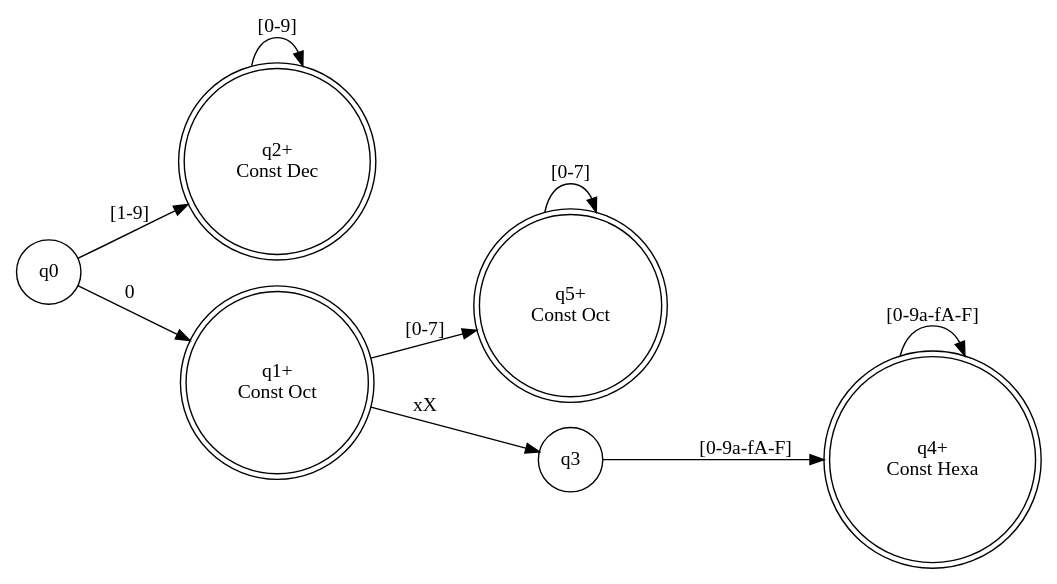
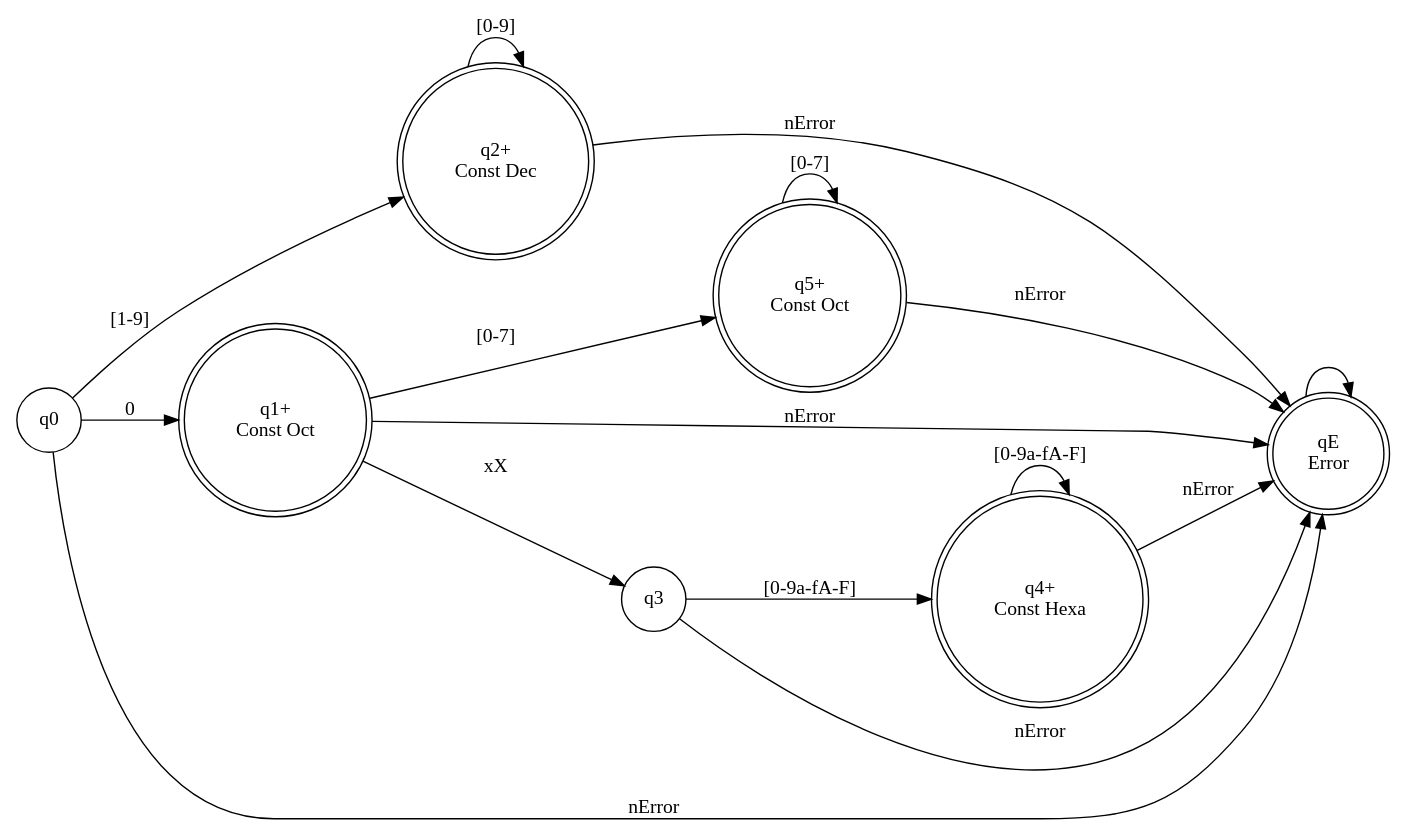
One commit to mmercedesotero/Analizador-Sint-ctico-L-xico-y-Sem-ntico changed the diagram in AFD/automataFinDet.dot. Above: the diagram before and after it, drawn with Graphviz. The commit also changed 1 other file, not shown here.

```diff
--- a/AFD/automataFinDet.dot
+++ b/AFD/automataFinDet.dot
@@ -1,17 +1,27 @@
 digraph AFD { 
   rankdir=LR; 
   node [shape=circle];
   q0 ;
   q2 [label ="q2+\n Const Dec",shape=doublecircle];
   q1 [label ="q1+\n Const Oct",shape=doublecircle];
   q5 [label ="q5+\n Const Oct",shape=doublecircle];
   q4 [label ="q4+\n Const Hexa",shape=doublecircle];
+  qE [label="qE\nError", shape=doublecircle];
+
   q0 -> q2 [label = "[1-9]"];
   q2 -> q2 [label = "[0-9]"];
   q0 -> q1 [label ="0"];
   q1 -> q3 [label ="xX"];
   q1 -> q5 [label = "[0-7]"];
   q5 -> q5 [label = "[0-7]"];
   q3 -> q4 [label = "[0-9a-fA-F]"];
   q4 -> q4 [label = "[0-9a-fA-F]"];
+
+  q0 -> qE [label="nError"];
+  q1 -> qE [label="nError"];
+  q2 -> qE [label="nError"];
+  q3 -> qE [label="nError"];
+  q4 -> qE [label="nError"];
+  q5 -> qE [label="nError"];
+  qE -> qE ;
 } 
```
